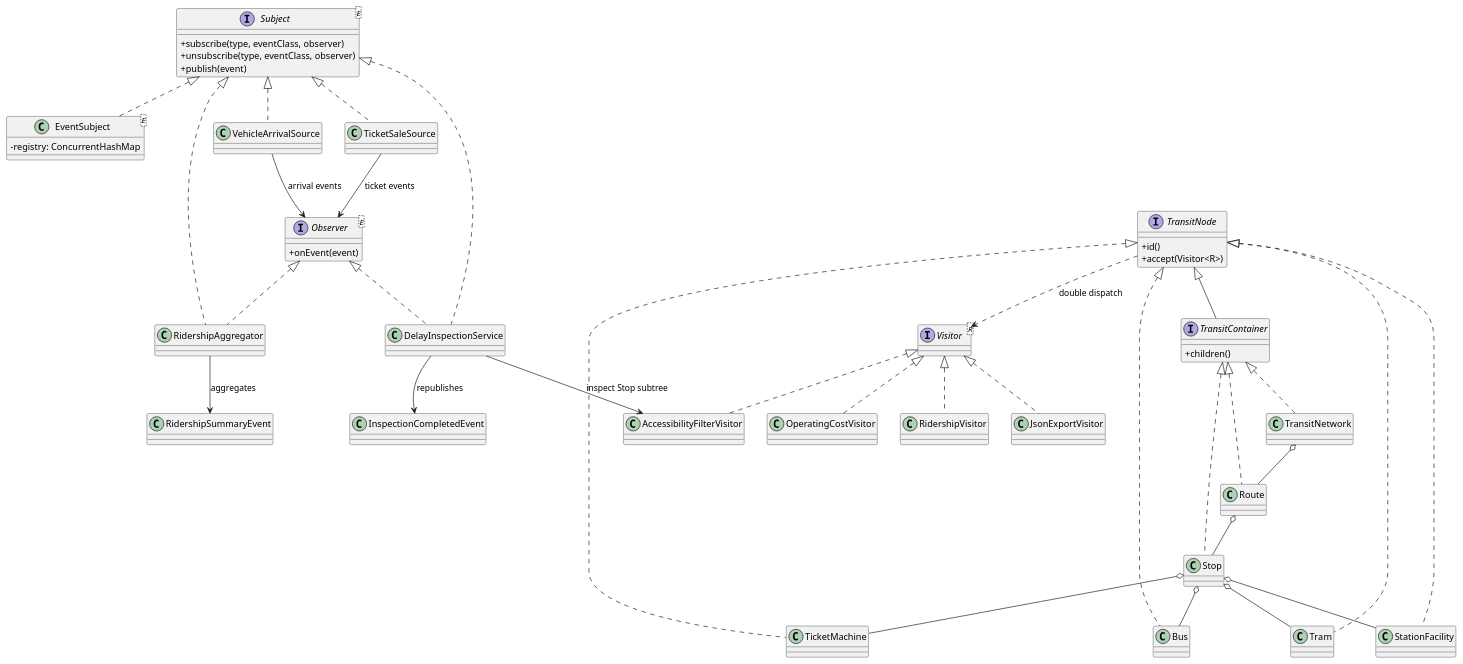
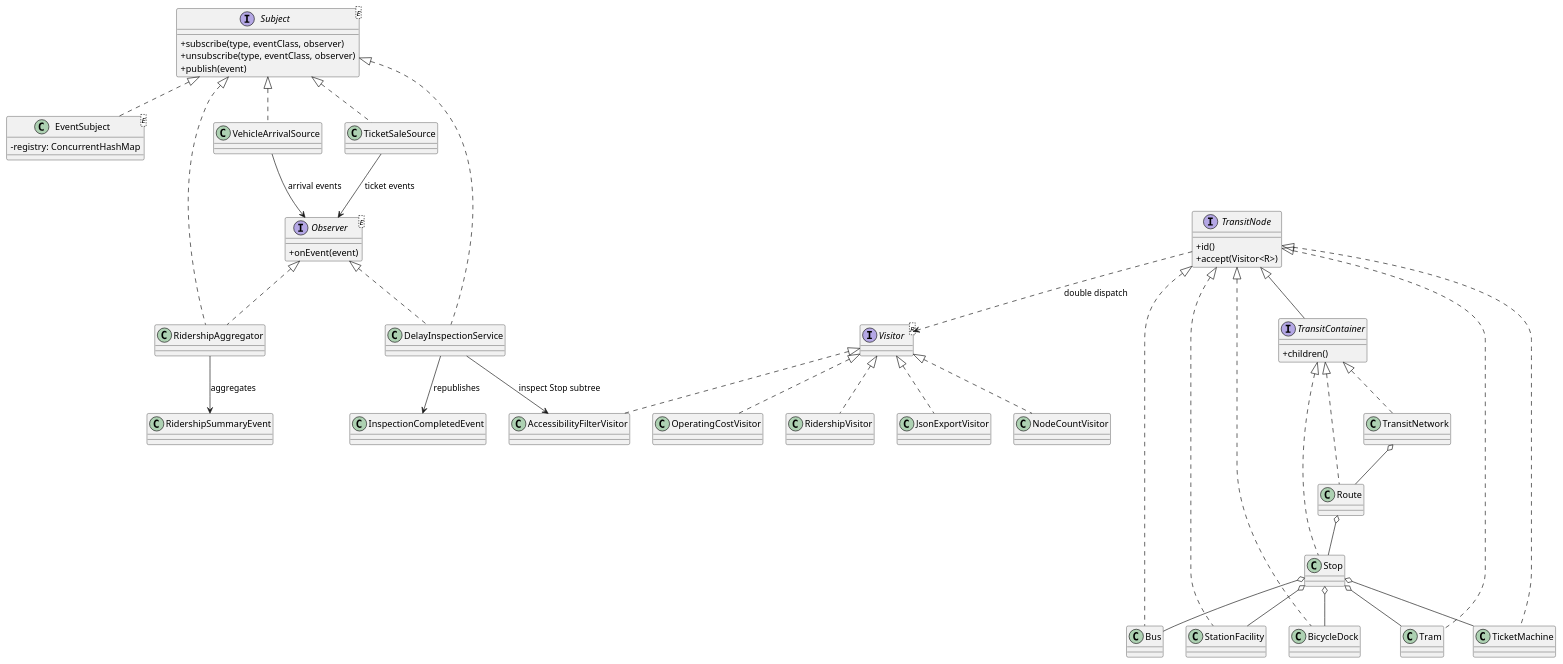
One commit to Tur-N/Public_Transport changed the diagram in docs/class-diagram.puml. Above: the diagram before and after it, drawn with PlantUML. The commit also changed 10 other files, not shown here.

Commit message:
Add BicycleDock transit element

```diff
--- a/docs/class-diagram.puml
+++ b/docs/class-diagram.puml
@@ -1,74 +1,79 @@
 @startuml
 skinparam classAttributeIconSize 0
 
 interface "Subject<E>" as Subject {
   +subscribe(type, eventClass, observer)
   +unsubscribe(type, eventClass, observer)
   +publish(event)
 }
 interface "Observer<E>" as Observer {
   +onEvent(event)
 }
 class EventSubject<E> {
   -registry: ConcurrentHashMap
 }
 Subject <|.. EventSubject
 
 class VehicleArrivalSource
 class TicketSaleSource
 Subject <|.. VehicleArrivalSource
 Subject <|.. TicketSaleSource
 VehicleArrivalSource --> Observer : arrival events
 TicketSaleSource --> Observer : ticket events
 
 class RidershipAggregator
 class DelayInspectionService
 Observer <|.. RidershipAggregator
 Observer <|.. DelayInspectionService
 Subject <|.. RidershipAggregator
 Subject <|.. DelayInspectionService
 
 interface TransitNode {
   +id()
   +accept(Visitor<R>)
 }
 interface TransitContainer {
   +children()
 }
 TransitNode <|-- TransitContainer
 class TransitNetwork
 class Route
 class Stop
 TransitContainer <|.. TransitNetwork
 TransitContainer <|.. Route
 TransitContainer <|.. Stop
 TransitNetwork o-- Route
 Route o-- Stop
 Stop o-- Bus
 Stop o-- Tram
 Stop o-- StationFacility
 Stop o-- TicketMachine
+Stop o-- BicycleDock
 
 class Bus
 class Tram
 class StationFacility
 class TicketMachine
+class BicycleDock
 TransitNode <|.. Bus
 TransitNode <|.. Tram
 TransitNode <|.. StationFacility
 TransitNode <|.. TicketMachine
+TransitNode <|.. BicycleDock
 
 interface "Visitor<R>" as Visitor
 class OperatingCostVisitor
 class RidershipVisitor
 class AccessibilityFilterVisitor
 class JsonExportVisitor
+class NodeCountVisitor
 Visitor <|.. OperatingCostVisitor
 Visitor <|.. RidershipVisitor
 Visitor <|.. AccessibilityFilterVisitor
 Visitor <|.. JsonExportVisitor
+Visitor <|.. NodeCountVisitor
 TransitNode ..> Visitor : double dispatch
 DelayInspectionService --> AccessibilityFilterVisitor : inspect Stop subtree
 DelayInspectionService --> InspectionCompletedEvent : republishes
 RidershipAggregator --> RidershipSummaryEvent : aggregates
 @enduml
```
